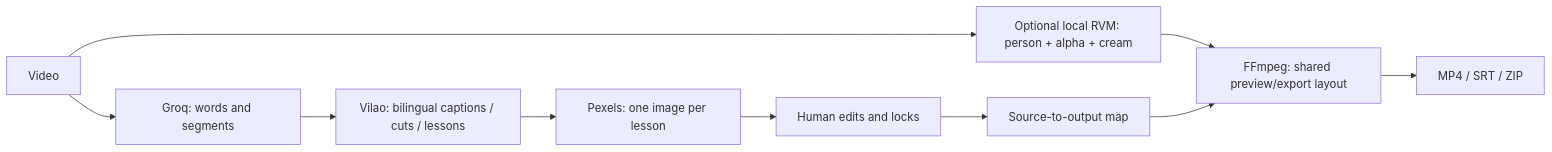
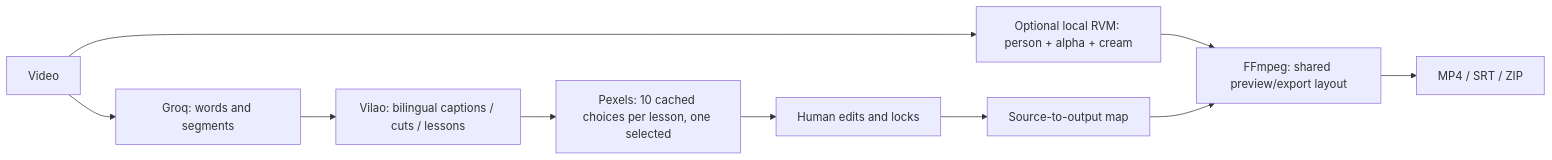
One commit to ngonco/daytiengviet changed the diagram in system_map_daytiengviet.md. Above: the diagram before and after it, drawn with Mermaid. The commit also changed other lines of this file and 21 other files, not shown here.

````diff
--- a/system_map_daytiengviet.md
+++ b/system_map_daytiengviet.md
@@ -20,12 +20,12 @@
 ```mermaid
 flowchart LR
     Video --> STT[Groq: words and segments]
     STT --> AI[Vilao: bilingual captions / cuts / lessons]
-    AI --> Images[Pexels: one image per lesson]
+    AI --> Images[Pexels: 10 cached choices per lesson, one selected]
     Images --> Edit[Human edits and locks]
     Edit --> Timeline[Source-to-output map]
     Video --> Matting[Optional local RVM: person + alpha + cream]
     Matting --> Render
     Timeline --> Render[FFmpeg: shared preview/export layout]
     Render --> Output[MP4 / SRT / ZIP]
 ```
````
